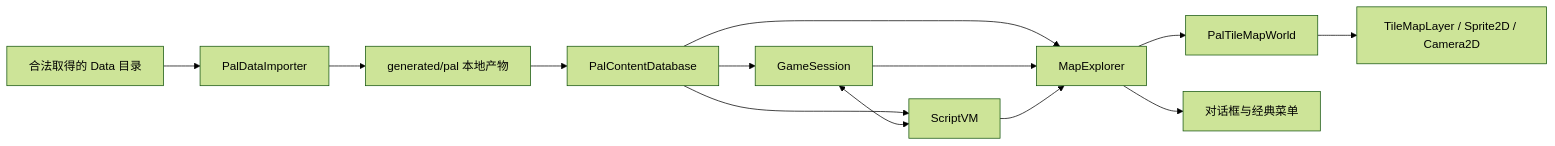
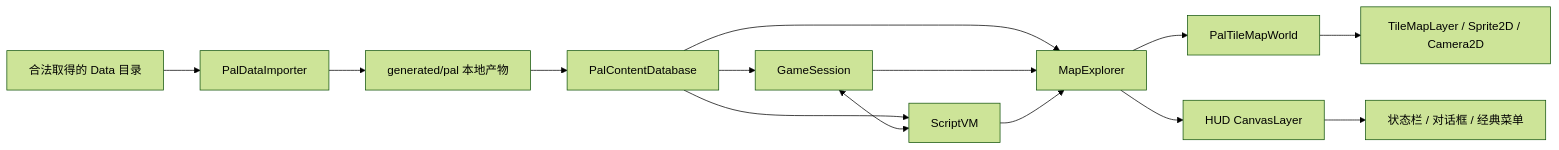
The first of 2 diagrams in docs/ARCHITECTURE.md (1xuanyuan1/sword-godot), drawn with Mermaid (forest theme) before and after one commit. The commit also changed other lines of this file and 3 other files, not shown here.

````diff
--- a/docs/ARCHITECTURE.md
+++ b/docs/ARCHITECTURE.md
@@ -5,15 +5,16 @@
 ```mermaid
 flowchart LR
     A[合法取得的 Data 目录] --> B[PalDataImporter]
     B --> C[generated/pal 本地产物]
     C --> D[PalContentDatabase]
     D --> E[GameSession]
     D --> F[ScriptVM]
     E <--> F
     D --> G[MapExplorer]
     E --> G
     F --> G
     G --> H[PalTileMapWorld]
-    G --> I[对话框与经典菜单]
+    G --> I[HUD CanvasLayer]
+    I --> K[状态栏 / 对话框 / 经典菜单]
     H --> J[TileMapLayer / Sprite2D / Camera2D]
 ```
````
